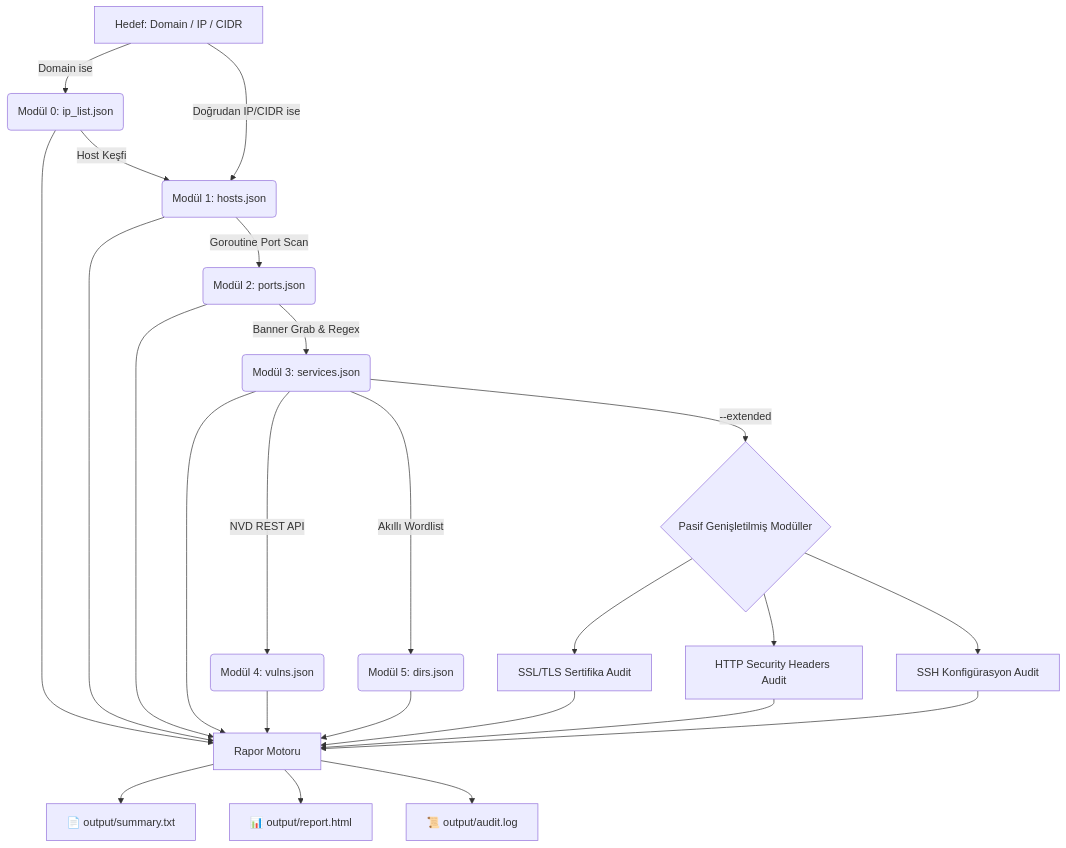
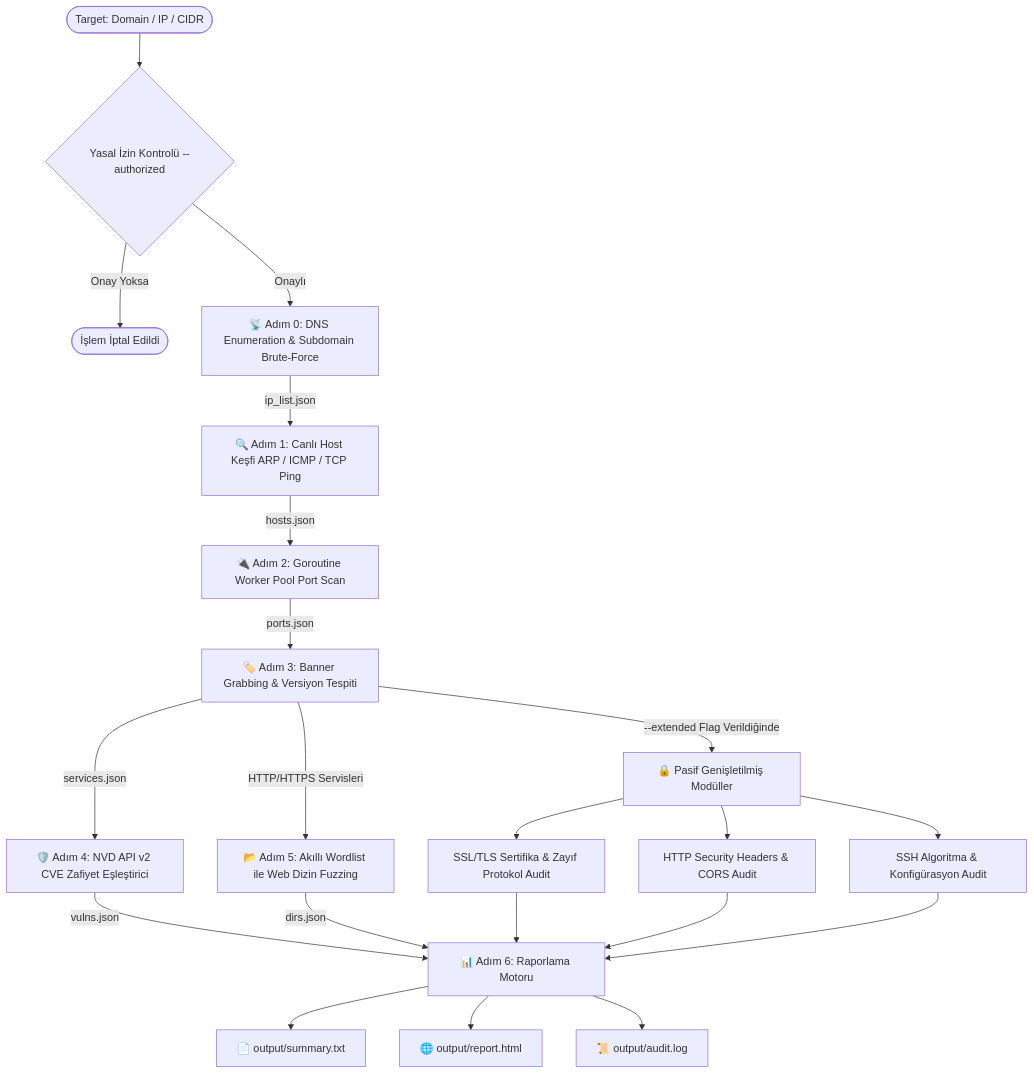
The diagram in README.md (1Ssalih/SpecterRecon), drawn with Mermaid before and after one commit. The commit also changed other lines of this file, not shown here.

Commit message:
docs: complete rewrite of README.md with full architecture, file tree, usage guide and roadmap

````diff
--- a/README.md
+++ b/README.md
@@ -79,29 +93,27 @@
 ```mermaid
-graph TD
-    A[Hedef: Domain / IP / CIDR] -->|Domain ise| B(Modül 0: ip_list.json)
-    B -->|Host Keşfi| C(Modül 1: hosts.json)
-    A -->|Doğrudan IP/CIDR ise| C
-    C -->|Goroutine Port Scan| D(Modül 2: ports.json)
-    D -->|Banner Grab & Regex| E(Modül 3: services.json)
-    E -->|NVD REST API| F(Modül 4: vulns.json)
-    E -->|Akıllı Wordlist| G(Modül 5: dirs.json)
+flowchart TD
+    START([Target: Domain / IP / CIDR]) --> SCOPE{Yasal İzin Kontrolü --authorized}
+    SCOPE -- Onay Yoksa --> STOP([İşlem İptal Edildi])
+    SCOPE -- Onaylı --> STEP0[📡 Adım 0: DNS Enumeration & Subdomain Brute-Force]
     
-    E -->|--extended| H{Pasif Genişletilmiş Modüller}
-    H --> H1[SSL/TLS Sertifika Audit]
-    H --> H2[HTTP Security Headers Audit]
-    H --> H3[SSH Konfigürasyon Audit]
+    STEP0 -->|ip_list.json| STEP1[🔍 Adım 1: Canlı Host Keşfi ARP / ICMP / TCP Ping]
+    STEP1 -->|hosts.json| STEP2[🔌 Adım 2: Goroutine Worker Pool Port Scan]
+    STEP2 -->|ports.json| STEP3[🏷️ Adım 3: Banner Grabbing & Versiyon Tespiti]
+    STEP3 -->|services.json| STEP4[🛡️ Adım 4: NVD API v2 CVE Zafiyet Eşleştirici]
+    STEP3 -->|HTTP/HTTPS Servisleri| STEP5[📂 Adım 5: Akıllı Wordlist ile Web Dizin Fuzzing]
     
-    B --> R[Rapor Motoru]
-    C --> R
-    D --> R
-    E --> R
-    F --> R
-    G --> R
-    H1 --> R
-    H2 --> R
-    H3 --> R
+    STEP3 -->|--extended Flag Verildiğinde| EXT[🔒 Pasif Genişletilmiş Modüller]
+    EXT --> EXT1[SSL/TLS Sertifika & Zayıf Protokol Audit]
+    EXT --> EXT2[HTTP Security Headers & CORS Audit]
+    EXT --> EXT3[SSH Algoritma & Konfigürasyon Audit]
     
-    R --> OUT1[📄 output/summary.txt]
-    R --> OUT2[📊 output/report.html]
-    R --> OUT3[📜 output/audit.log]
+    STEP4 -->|vulns.json| REPORT[📊 Adım 6: Raporlama Motoru]
+    STEP5 -->|dirs.json| REPORT
+    EXT1 --> REPORT
+    EXT2 --> REPORT
+    EXT3 --> REPORT
+    
+    REPORT --> OUT_TXT[📄 output/summary.txt]
+    REPORT --> OUT_HTML[🌐 output/report.html]
+    REPORT --> OUT_LOG[📜 output/audit.log]
 ```
````
